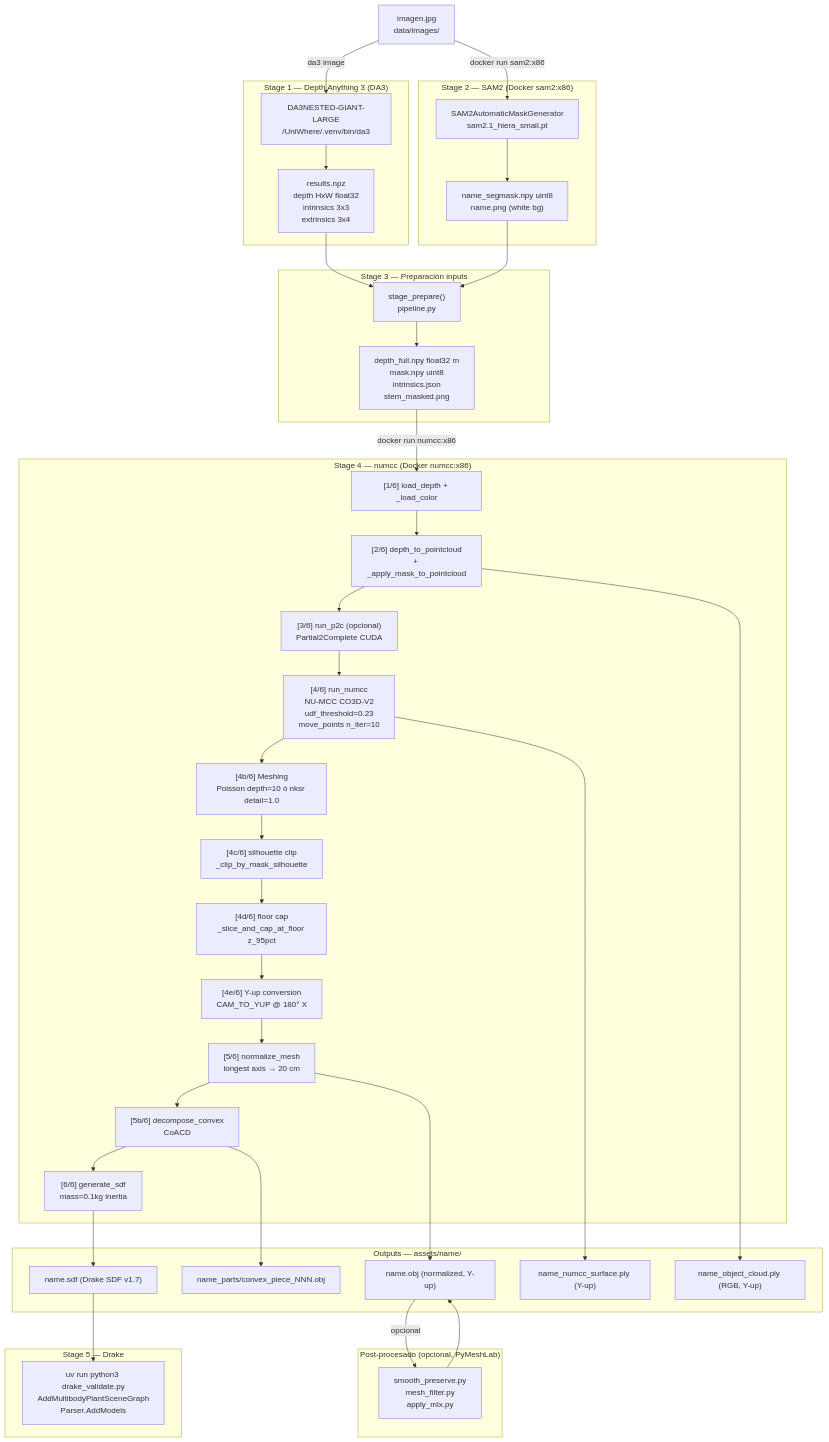
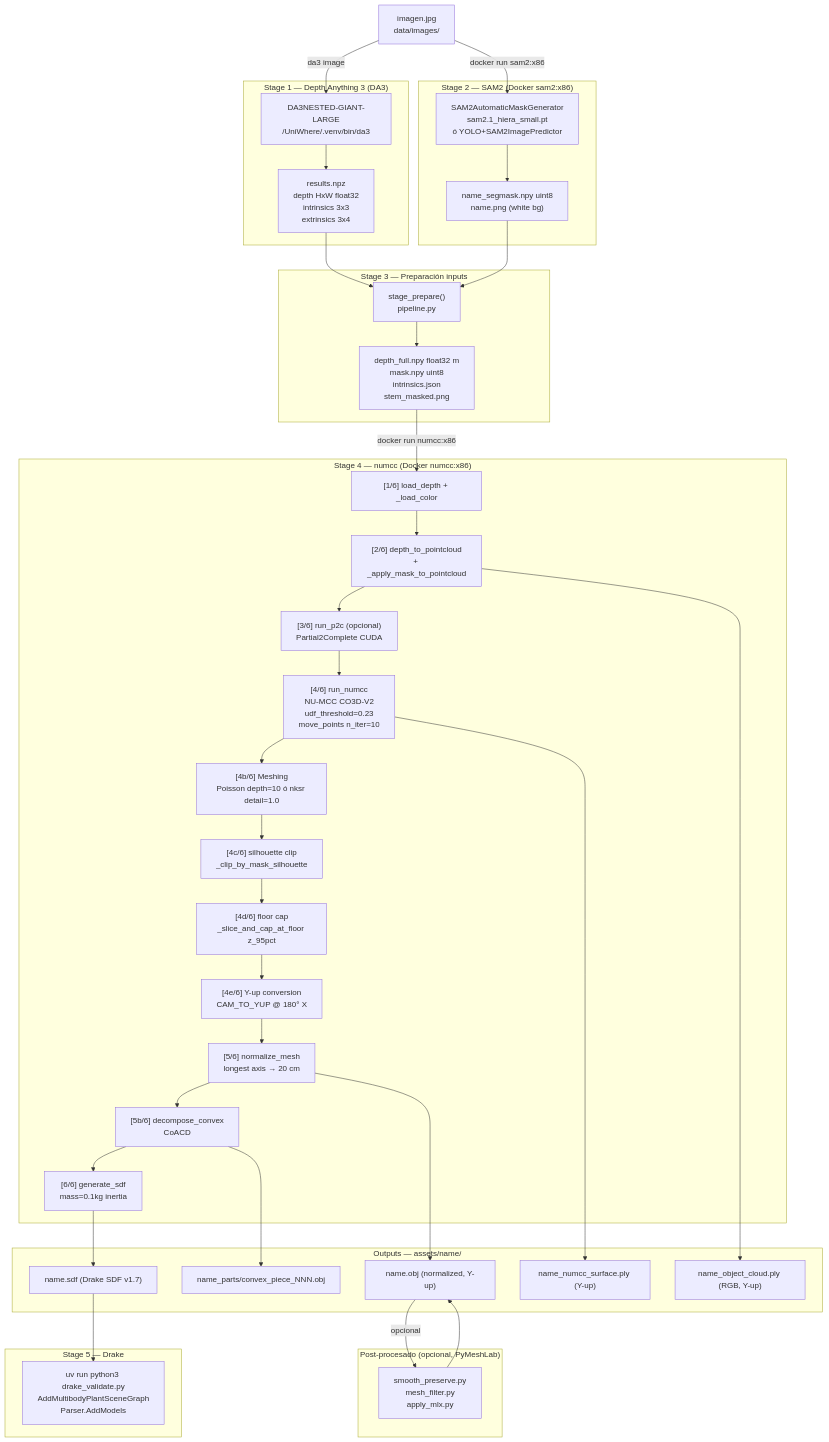
Before and after one commit to flaviofuego/Jetson-testing: the diagram in docs/pipeline-rgbd-to-obj.md, drawn with Mermaid. The commit also changed other lines of this file, not shown here.

Commit message:
docs(pipeline-rgbd-to-obj): add YOLO+SAM2 pipeline — Fase 2b, modelo YOLOv11, Docker sam2:x86 updates, --fill-holes

````diff
--- a/docs/pipeline-rgbd-to-obj.md
+++ b/docs/pipeline-rgbd-to-obj.md
@@ -77,73 +78,73 @@
 ```mermaid
 flowchart TD
     IMG[imagen.jpg\ndata/images/] -->|da3 image| DA3
 
     subgraph DA3_STAGE["Stage 1 — Depth Anything 3 (DA3)"]
         DA3["DA3NESTED-GIANT-LARGE\n/UniWhere/.venv/bin/da3"]
         DA3_OUT["results.npz\ndepth HxW float32\nintrinsics 3x3\nextrinsics 3x4"]
     end
 
     DA3 --> DA3_OUT
 
     subgraph SAM2_STAGE["Stage 2 — SAM2 (Docker sam2:x86)"]
-        SAM2["SAM2AutomaticMaskGenerator\nsam2.1_hiera_small.pt"]
+        SAM2["SAM2AutomaticMaskGenerator\nsam2.1_hiera_small.pt\nó YOLO+SAM2ImagePredictor"]
         SAM2_OUT["name_segmask.npy uint8\nname.png (white bg)"]
     end
 
     IMG -->|docker run sam2:x86| SAM2
     SAM2 --> SAM2_OUT
 
     subgraph CONVERT["Stage 3 — Preparación inputs"]
         CONV["stage_prepare()\npipeline.py"]
         CONV_OUT["depth_full.npy float32 m\nmask.npy uint8\nintrinsics.json\nstem_masked.png"]
     end
 
     DA3_OUT --> CONV
     SAM2_OUT --> CONV
     CONV --> CONV_OUT
 
     subgraph NUMCC_STAGE["Stage 4 — numcc (Docker numcc:x86)"]
         L1["[1/6] load_depth + _load_color"]
         L2["[2/6] depth_to_pointcloud\n+ _apply_mask_to_pointcloud"]
         L3["[3/6] run_p2c (opcional)\nPartial2Complete CUDA"]
         L4["[4/6] run_numcc\nNU-MCC CO3D-V2\nudf_threshold=0.23\nmove_points n_iter=10"]
         L4b["[4b/6] Meshing\nPoisson depth=10 ó nksr detail=1.0"]
         L4c["[4c/6] silhouette clip\n_clip_by_mask_silhouette"]
         L4d["[4d/6] floor cap\n_slice_and_cap_at_floor z_95pct"]
         L4e["[4e/6] Y-up conversion\nCAM_TO_YUP @ 180° X"]
         L5["[5/6] normalize_mesh\nlongest axis → 20 cm"]
         L5b["[5b/6] decompose_convex\nCoACD"]
         L6["[6/6] generate_sdf\nmass=0.1kg inertia"]
 
         L1 --> L2 --> L3 --> L4 --> L4b --> L4c --> L4d --> L4e --> L5 --> L5b --> L6
     end
 
     CONV_OUT -->|docker run numcc:x86| L1
 
     subgraph OUT["Outputs — assets/name/"]
         OBJ["name.obj (normalized, Y-up)"]
         SDF["name.sdf (Drake SDF v1.7)"]
         PLY_OBJ["name_object_cloud.ply (RGB, Y-up)"]
         PLY_SURF["name_numcc_surface.ply (Y-up)"]
         PARTS["name_parts/convex_piece_NNN.obj"]
     end
 
     L5 --> OBJ
     L5b --> PARTS
     L6 --> SDF
     L2 --> PLY_OBJ
     L4 --> PLY_SURF
 
     subgraph DRAKE_STAGE["Stage 5 — Drake"]
         DR["uv run python3 drake_validate.py\nAddMultibodyPlantSceneGraph\nParser.AddModels"]
     end
 
     SDF --> DR
 
     subgraph POST["Post-procesado (opcional, PyMeshLab)"]
         PP["smooth_preserve.py\nmesh_filter.py\napply_mlx.py"]
     end
 
     OBJ -->|opcional| PP
     PP --> OBJ
 ```
````
